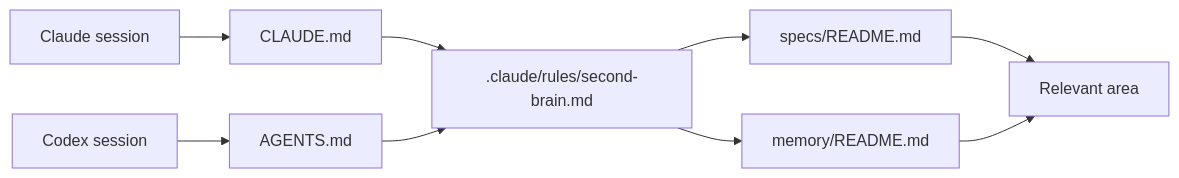
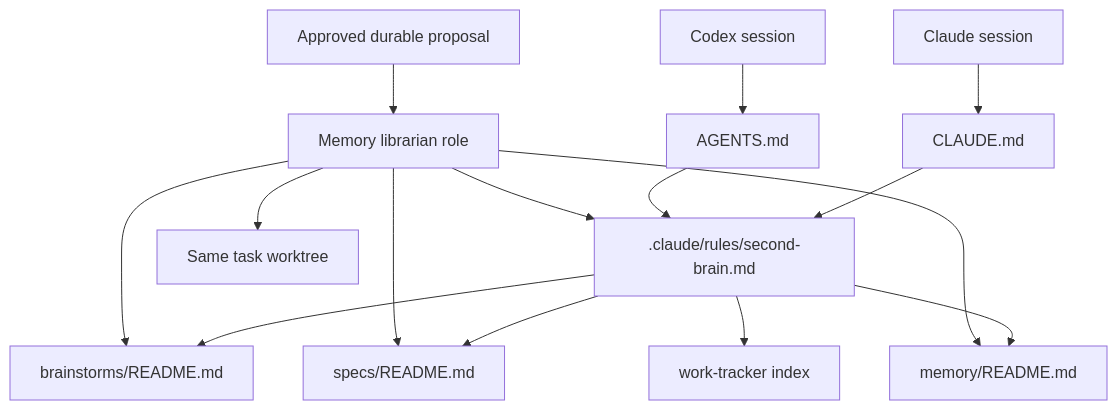
One commit to Mar5929/claude-toolkit changed the diagram in docs/second-brain-v3/TOOLKIT-INTEGRATION.md. Above: the diagram before and after it, drawn with Mermaid. The commit also changed other lines of this file and 11 other files, not shown here.

Commit message:
Define second-brain v3 architecture

````diff
--- a/docs/second-brain-v3/TOOLKIT-INTEGRATION.md
+++ b/docs/second-brain-v3/TOOLKIT-INTEGRATION.md
@@ -97,11 +149,17 @@
 ```mermaid
-flowchart LR
+flowchart TD
     A[Claude session] --> C[CLAUDE.md]
     B[Codex session] --> D[AGENTS.md]
     C --> E[.claude/rules/second-brain.md]
     D --> E
-    E --> F[specs/README.md]
-    E --> G[memory/README.md]
-    F --> H[Relevant area]
-    G --> H
+    E --> F[brainstorms/README.md]
+    E --> G[specs/README.md]
+    E --> H[memory/README.md]
+    E --> I[work-tracker index]
+    J[Approved durable proposal] --> K[Memory librarian role]
+    K --> E
+    K --> F
+    K --> G
+    K --> H
+    K --> L[Same task worktree]
 ```
````
